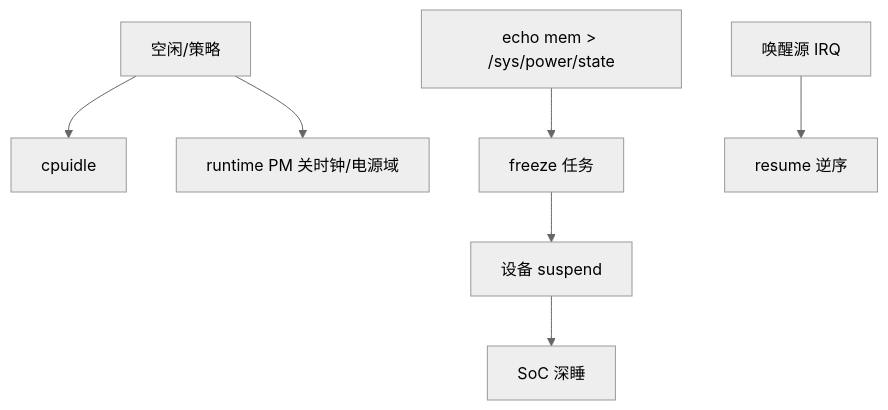
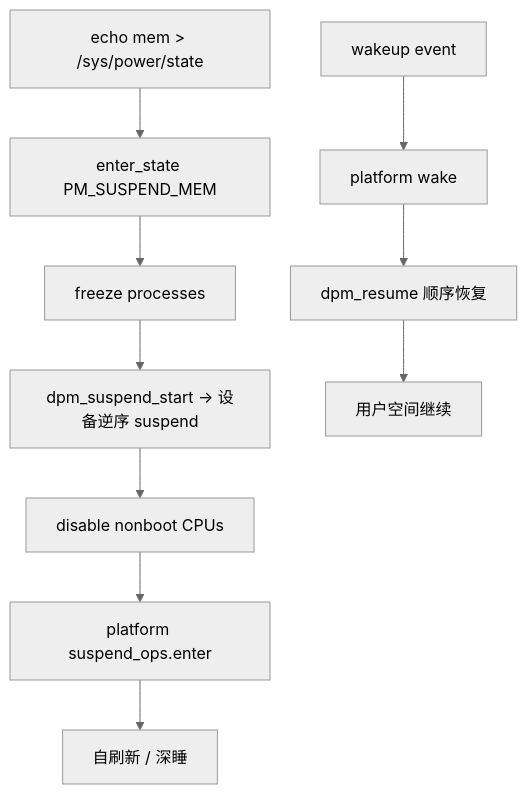
The third of 3 diagrams in articles/csdn-merged/嵌入式系统-低功耗设计完整篇.md (yanggan2015/knowledge-json-v2), drawn with Mermaid (neutral theme) before and after one commit. The commit also changed other lines of this file and 13 other files, not shown here.

````diff
--- a/articles/csdn-merged/嵌入式系统-低功耗设计完整篇.md
+++ b/articles/csdn-merged/嵌入式系统-低功耗设计完整篇.md
@@ -16,9 +58,12 @@
 ```mermaid
 flowchart TD
-    A[空闲/策略] --> B[cpuidle]
-    A --> C[runtime PM 关时钟/电源域]
-    D[echo mem > /sys/power/state] --> E[freeze 任务]
-    E --> F[设备 suspend]
-    F --> G[SoC 深睡]
-    H[唤醒源 IRQ] --> I[resume 逆序]
+    U[echo mem > /sys/power/state] --> E[enter_state PM_SUSPEND_MEM]
+    E --> F[freeze processes]
+    F --> DEV[ dpm_suspend_start → 设备逆序 suspend]
+    DEV --> CPU[disable nonboot CPUs]
+    CPU --> SOC[platform suspend_ops.enter]
+    SOC --> RAM[自刷新 / 深睡]
+    WU[wakeup event] --> SOC2[platform wake]
+    SOC2 --> DEVR[dpm_resume 顺序恢复]
+    DEVR --> RUN[用户空间继续]
 ```
````
